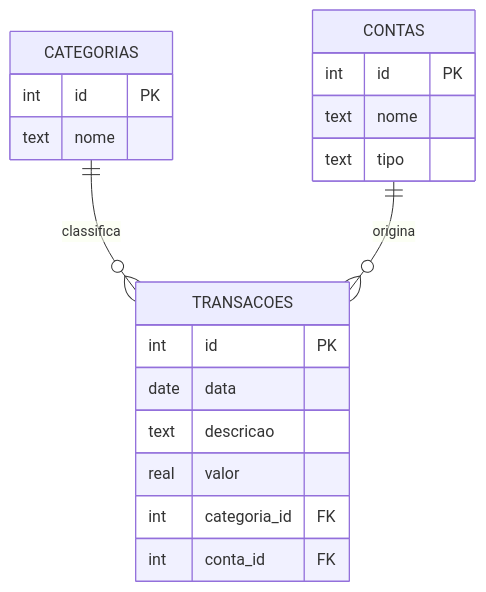
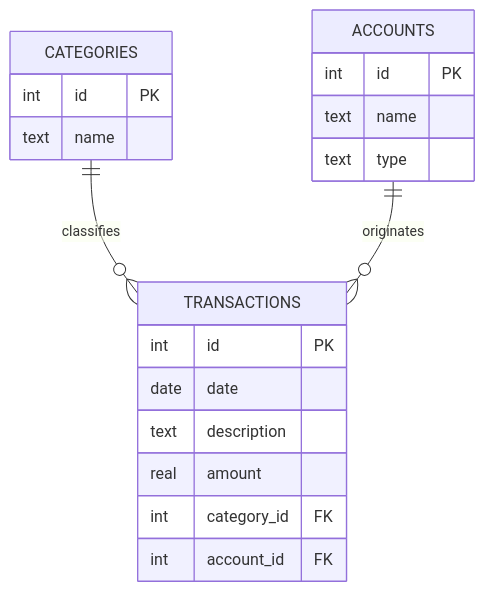
One commit to isadorambt/Analisador-de-Gastos-Pessoais changed the diagram in README.md. Above: the diagram before and after it, drawn with Mermaid. The commit also changed other lines of this file, not shown here.

````diff
--- a/README.md
+++ b/README.md
@@ -51,25 +32,25 @@
 ```mermaid
 erDiagram
-    CATEGORIAS ||--o{ TRANSACOES : classifica
-    CONTAS ||--o{ TRANSACOES : origina
+    CATEGORIES ||--o{ TRANSACTIONS : classifies
+    ACCOUNTS ||--o{ TRANSACTIONS : originates
 
-    CATEGORIAS {
+    CATEGORIES {
         int id PK
-        text nome
+        text name
     }
 
-    CONTAS {
+    ACCOUNTS {
         int id PK
-        text nome
-        text tipo
+        text name
+        text type
     }
 
-    TRANSACOES {
+    TRANSACTIONS {
         int id PK
-        date data
-        text descricao
-        real valor
-        int categoria_id FK
-        int conta_id FK
+        date date
+        text description
+        real amount
+        int category_id FK
+        int account_id FK
     }
 ```
````
